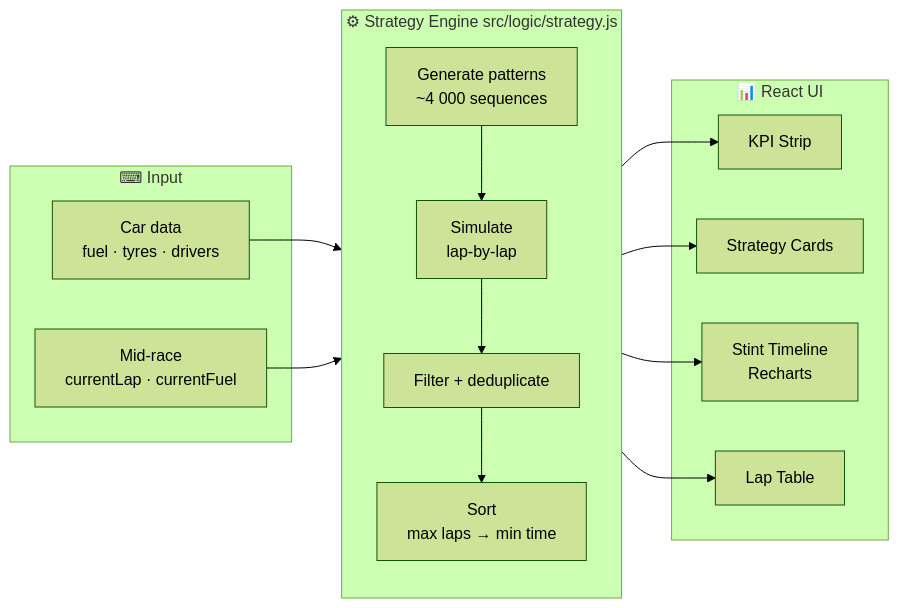
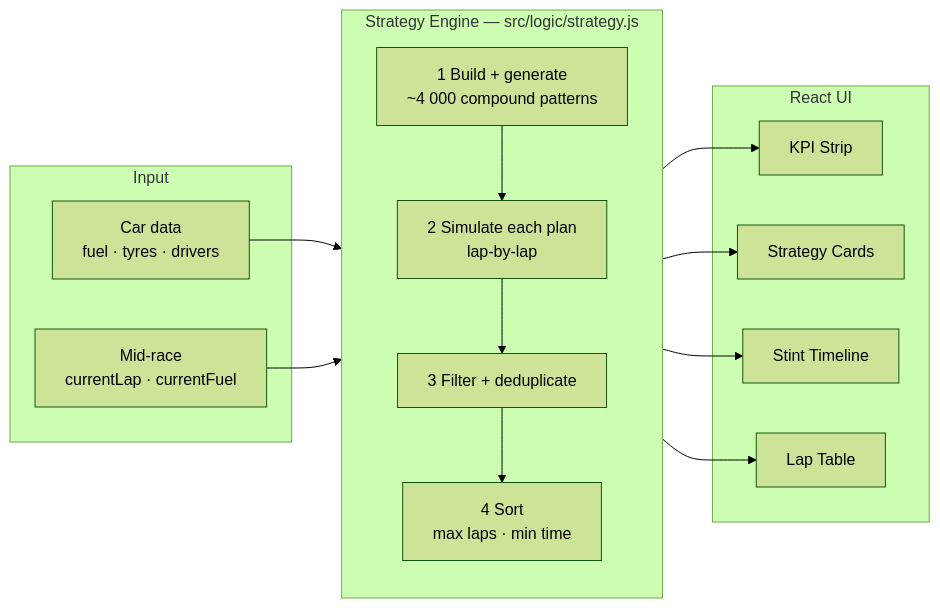
Before and after one commit to Jeremy-Luyckfasseel/Race-Strategies: the first of 2 diagrams in README.md, drawn with Mermaid (forest theme). The commit also changed other lines of this file, not shown here.

First line of the commit message:
docs: fix mermaid syntax, replace ASCII tree, clean up emojis

````diff
--- a/README.md
+++ b/README.md
@@ -104,27 +74,27 @@
 ```mermaid
 flowchart LR
-    subgraph IN["⌨ Input"]
+    subgraph IN["Input"]
         CAR["Car data\nfuel · tyres · drivers"]
         MID["Mid-race\ncurrentLap · currentFuel"]
     end
 
-    subgraph CORE["⚙ Strategy Engine  src/logic/strategy.js"]
+    subgraph CORE["Strategy Engine  —  src/logic/strategy.js"]
         direction TB
-        PAT["Generate patterns\n~4 000 sequences"]
-        SIM["Simulate\nlap-by-lap"]
-        FILT["Filter + deduplicate"]
-        SORT["Sort\nmax laps → min time"]
+        PAT["1  Build + generate\n~4 000 compound patterns"]
+        SIM["2  Simulate each plan\nlap-by-lap"]
+        FILT["3  Filter + deduplicate"]
+        SORT["4  Sort\nmax laps · min time"]
         PAT --> SIM --> FILT --> SORT
     end
 
-    subgraph VIS["📊 React UI"]
+    subgraph VIS["React UI"]
         KPI["KPI Strip"]
         CARDS["Strategy Cards"]
-        CHART["Stint Timeline\nRecharts"]
+        CHART["Stint Timeline"]
         TABLE["Lap Table"]
     end
 
     CAR --> CORE
     MID --> CORE
     CORE --> KPI & CARDS & CHART & TABLE
 ```
````
